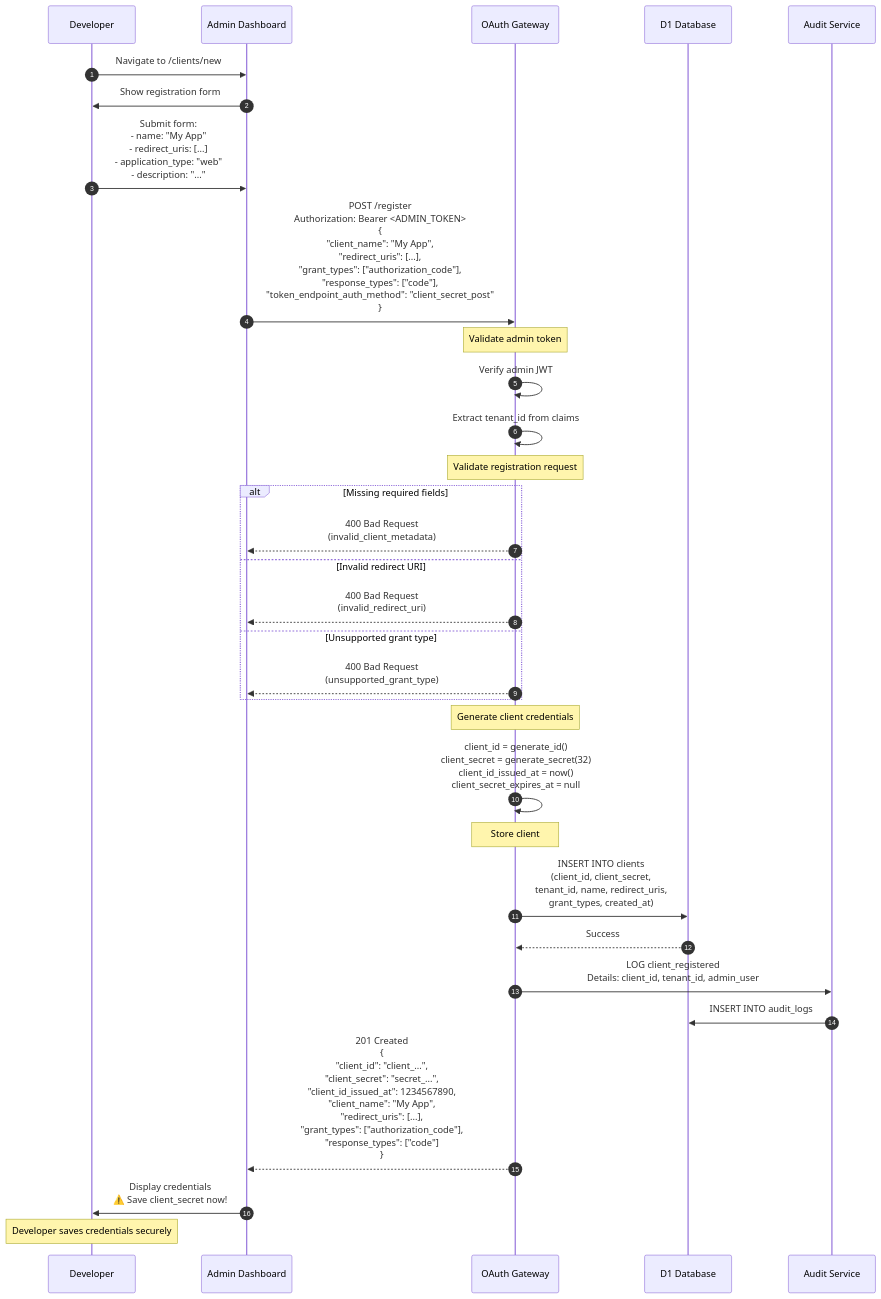
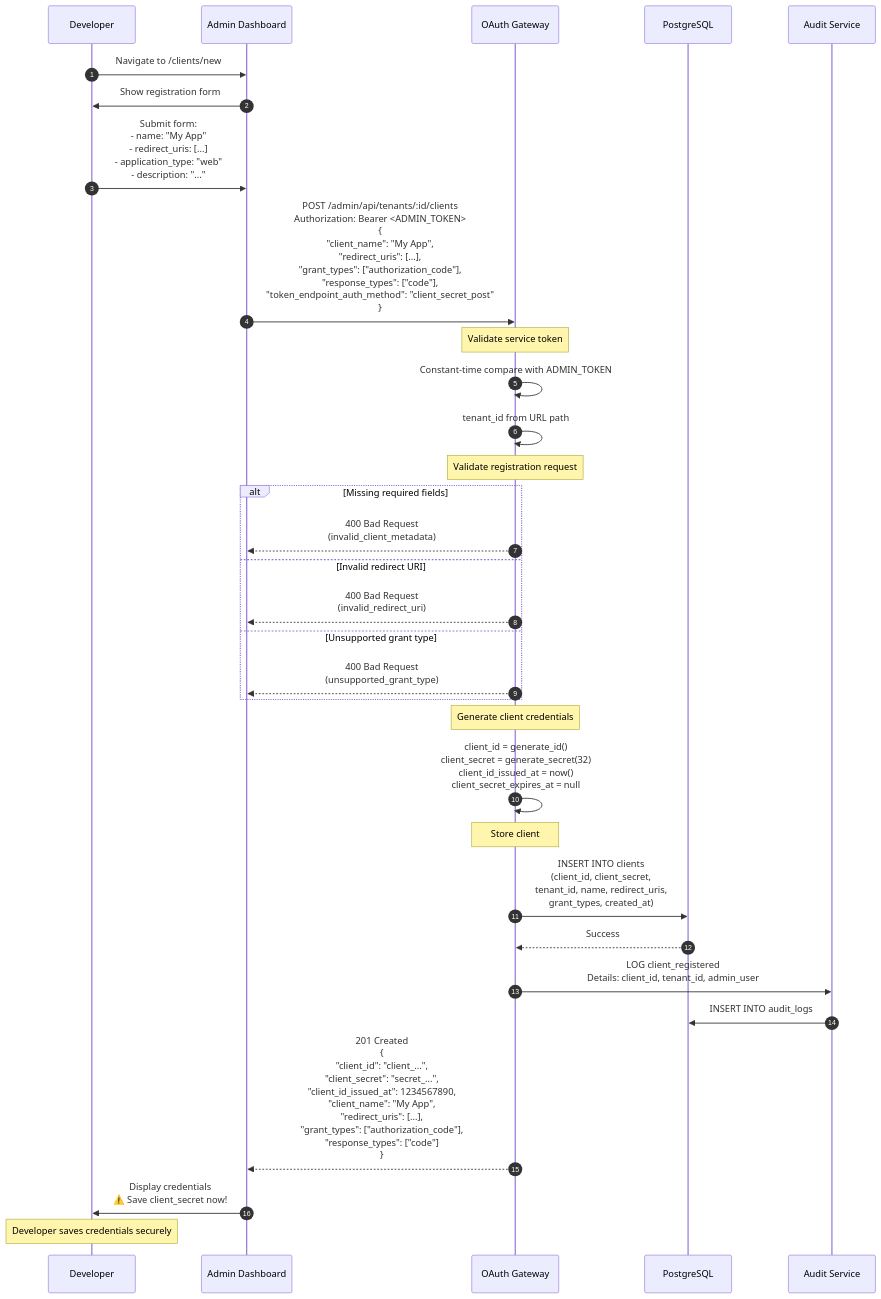
The fourth of 8 diagrams in docs/architecture/flows.md (TevBenji/OAuth-2.1-MCP-Gateway), drawn with Mermaid before and after one commit. The commit also changed other lines of this file and 75 other files, not shown here.

````diff
--- a/docs/architecture/flows.md
+++ b/docs/architecture/flows.md
@@ -271,46 +271,46 @@
 ```mermaid
 sequenceDiagram
     autonumber
     participant Dev as Developer
     participant Dashboard as Admin Dashboard
     participant Gateway as OAuth Gateway
-    participant D1 as D1 Database
+    participant DB as PostgreSQL
     participant Audit as Audit Service
 
     Dev->>Dashboard: Navigate to /clients/new
 
     Dashboard->>Dev: Show registration form
 
     Dev->>Dashboard: Submit form:<br/>- name: "My App"<br/>- redirect_uris: [...]<br/>- application_type: "web"<br/>- description: "..."
 
-    Dashboard->>Gateway: POST /register<br/>Authorization: Bearer <ADMIN_TOKEN><br/>{<br/>  "client_name": "My App",<br/>  "redirect_uris": [...],<br/>  "grant_types": ["authorization_code"],<br/>  "response_types": ["code"],<br/>  "token_endpoint_auth_method": "client_secret_post"<br/>}
+    Dashboard->>Gateway: POST /admin/api/tenants/:id/clients<br/>Authorization: Bearer <ADMIN_TOKEN><br/>{<br/>  "client_name": "My App",<br/>  "redirect_uris": [...],<br/>  "grant_types": ["authorization_code"],<br/>  "response_types": ["code"],<br/>  "token_endpoint_auth_method": "client_secret_post"<br/>}
 
-    Note over Gateway: Validate admin token
-    Gateway->>Gateway: Verify admin JWT
-    Gateway->>Gateway: Extract tenant_id from claims
+    Note over Gateway: Validate service token
+    Gateway->>Gateway: Constant-time compare with ADMIN_TOKEN
+    Gateway->>Gateway: tenant_id from URL path
 
     Note over Gateway: Validate registration request
     alt Missing required fields
         Gateway-->>Dashboard: 400 Bad Request<br/>(invalid_client_metadata)
     else Invalid redirect URI
         Gateway-->>Dashboard: 400 Bad Request<br/>(invalid_redirect_uri)
     else Unsupported grant type
         Gateway-->>Dashboard: 400 Bad Request<br/>(unsupported_grant_type)
     end
 
     Note over Gateway: Generate client credentials
     Gateway->>Gateway: client_id = generate_id()<br/>client_secret = generate_secret(32)<br/>client_id_issued_at = now()<br/>client_secret_expires_at = null
 
     Note over Gateway: Store client
-    Gateway->>D1: INSERT INTO clients<br/>(client_id, client_secret,<br/>tenant_id, name, redirect_uris,<br/>grant_types, created_at)
-    D1-->>Gateway: Success
+    Gateway->>DB: INSERT INTO clients<br/>(client_id, client_secret,<br/>tenant_id, name, redirect_uris,<br/>grant_types, created_at)
+    DB-->>Gateway: Success
 
     Gateway->>Audit: LOG client_registered<br/>Details: client_id, tenant_id, admin_user
-    Audit->>D1: INSERT INTO audit_logs
+    Audit->>DB: INSERT INTO audit_logs
 
     Gateway-->>Dashboard: 201 Created<br/>{<br/>  "client_id": "client_...",<br/>  "client_secret": "secret_...",<br/>  "client_id_issued_at": 1234567890,<br/>  "client_name": "My App",<br/>  "redirect_uris": [...],<br/>  "grant_types": ["authorization_code"],<br/>  "response_types": ["code"]<br/>}
 
     Dashboard->>Dev: Display credentials<br/>⚠️ Save client_secret now!
 
     Note over Dev: Developer saves credentials securely
 ```
````
